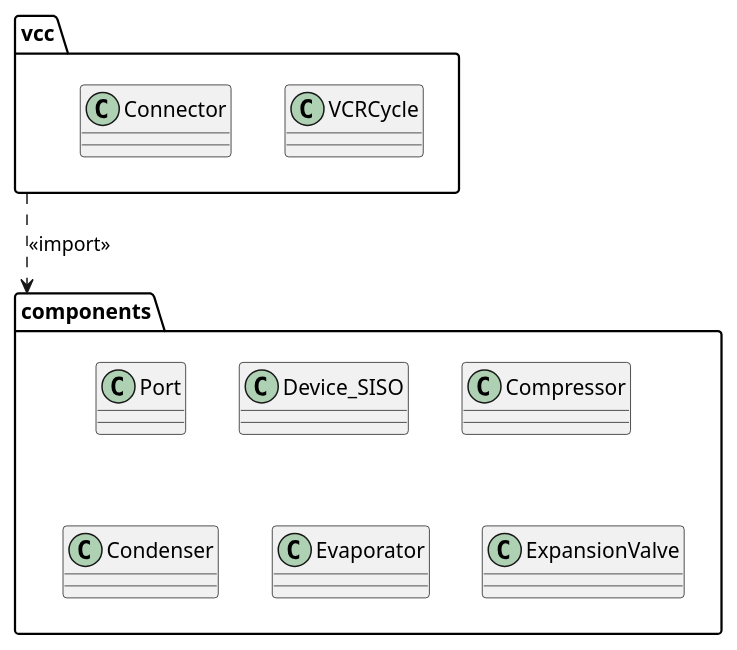
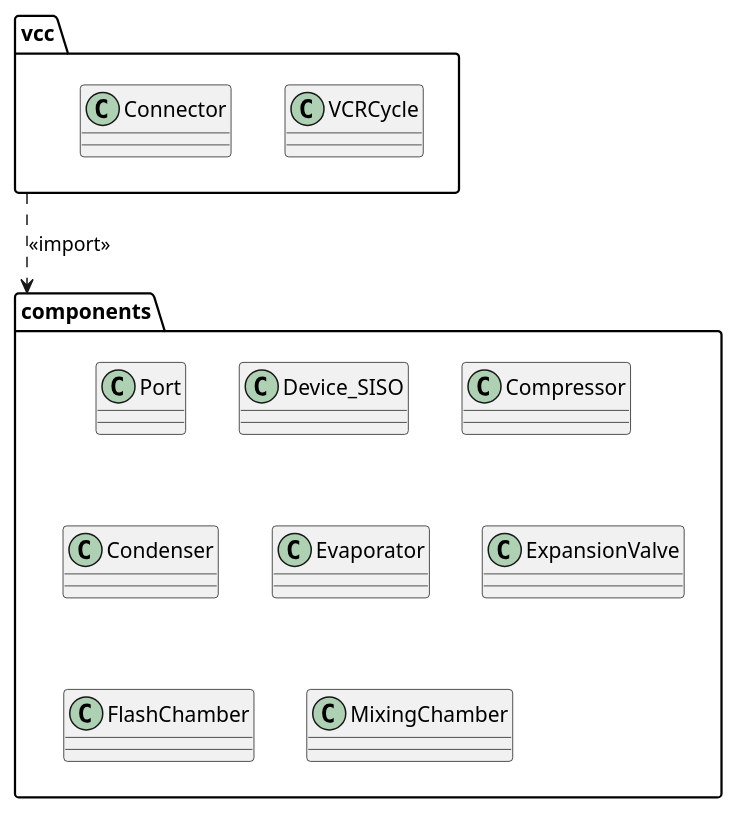
One commit to thermalogic/SimVCCE changed the seventh of 7 diagrams in uml/PlantUML_Class_VCCE.md. Above: the diagram before and after it, drawn with PlantUML. The commit also changed other lines of this file and 2 other files, not shown here.

````diff
--- a/uml/PlantUML_Class_VCCE.md
+++ b/uml/PlantUML_Class_VCCE.md
@@ -196,18 +218,20 @@
 ```puml
 @startuml
 package components {
   class Port
   class Device_SISO
   class Compressor
   class Condenser
   class Evaporator
   class ExpansionValve
+  class FlashChamber
+  class MixingChamber
 }
 package vcc {
   class VCRCycle   
   class Connector 
 
 }
 vcc ..> components : <<import>>
 @enduml
 ```
````
